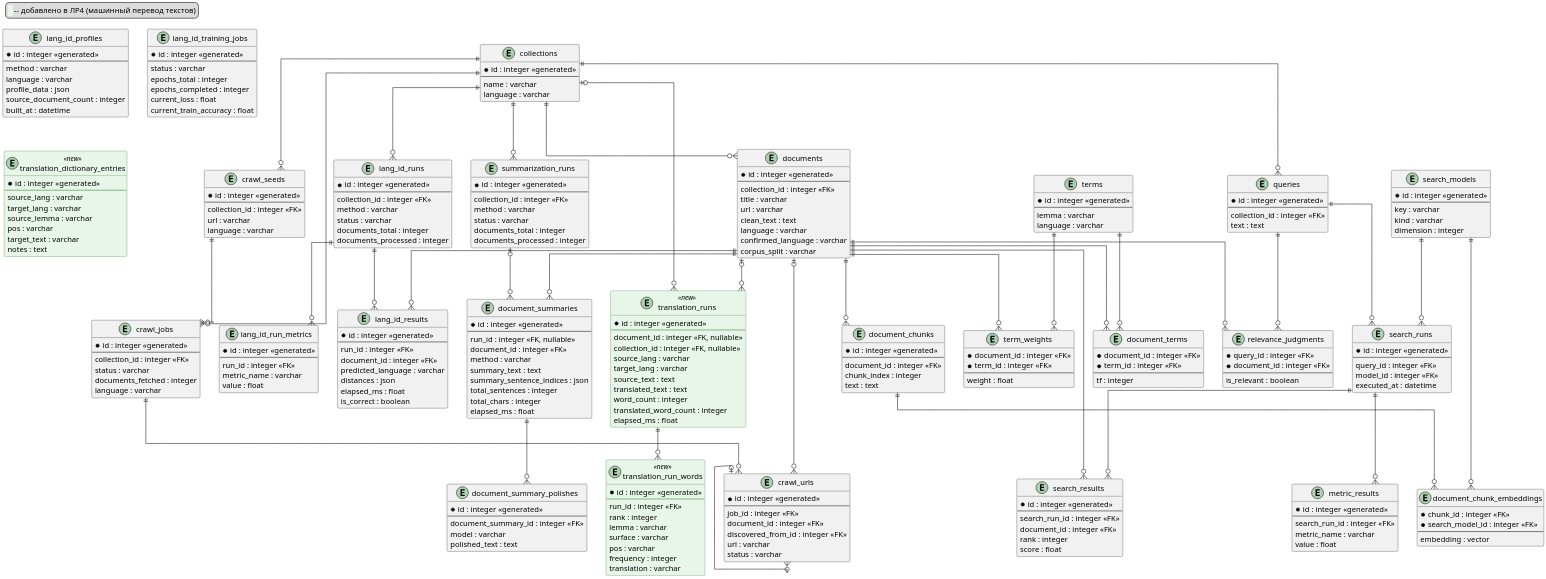
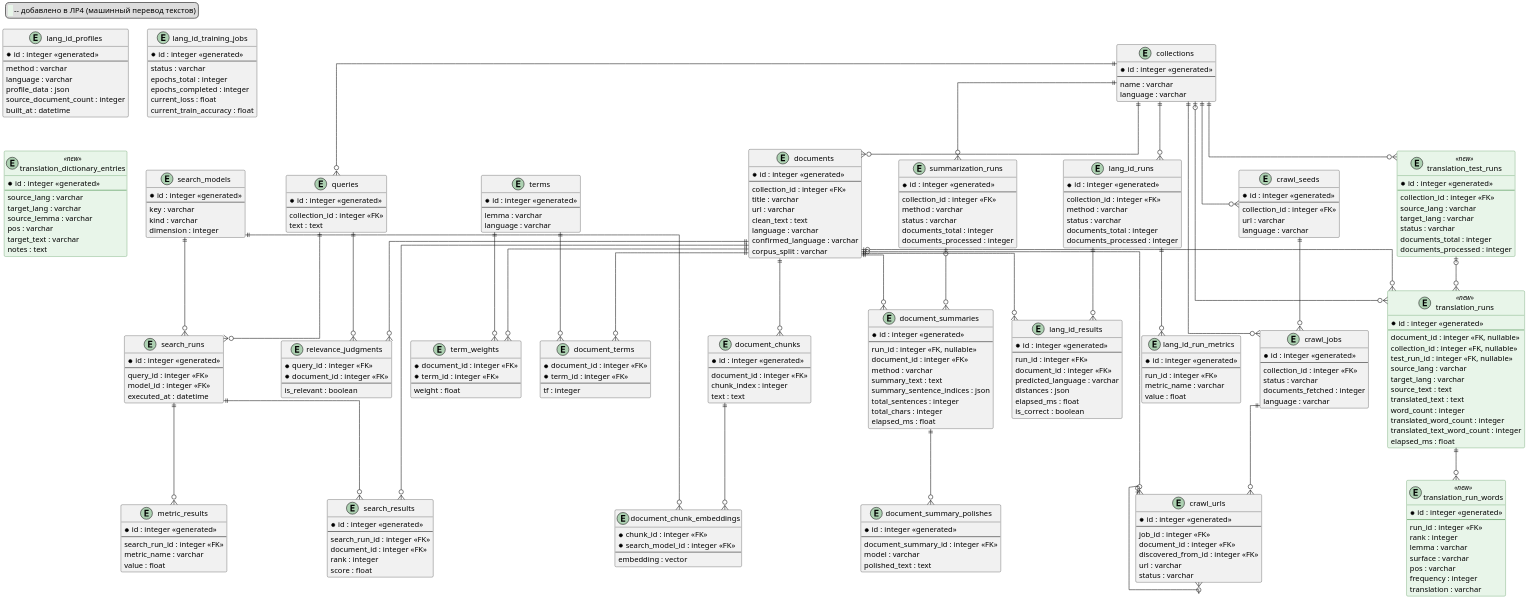
Before and after one commit to slavikovics/LanguageProcessing: the diagram in reports/lr4/lab/diagrams/src/database-erd.puml, drawn with PlantUML. The commit also changed 11 other files, not shown here.

Commit message:
Update LR4 report for translation test runs and full MUSE dictionary

```diff
--- a/reports/lr4/lab/diagrams/src/database-erd.puml
+++ b/reports/lr4/lab/diagrams/src/database-erd.puml
@@ -241,17 +241,30 @@
   notes : text
 }
 
+entity "translation_test_runs" as translation_test_runs <<new>> {
+  * id : integer <<generated>>
+  --
+  collection_id : integer <<FK>>
+  source_lang : varchar
+  target_lang : varchar
+  status : varchar
+  documents_total : integer
+  documents_processed : integer
+}
+
 entity "translation_runs" as translation_runs <<new>> {
   * id : integer <<generated>>
   --
   document_id : integer <<FK, nullable>>
   collection_id : integer <<FK, nullable>>
+  test_run_id : integer <<FK, nullable>>
   source_lang : varchar
   target_lang : varchar
   source_text : text
   translated_text : text
   word_count : integer
   translated_word_count : integer
+  translated_text_word_count : integer
   elapsed_ms : float
 }
 
@@ -311,4 +324,7 @@
 documents   |o--o{ translation_runs
 translation_runs ||--o{ translation_run_words
 
+collections           ||--o{ translation_test_runs
+translation_test_runs |o--o{ translation_runs
+
 @enduml
```
